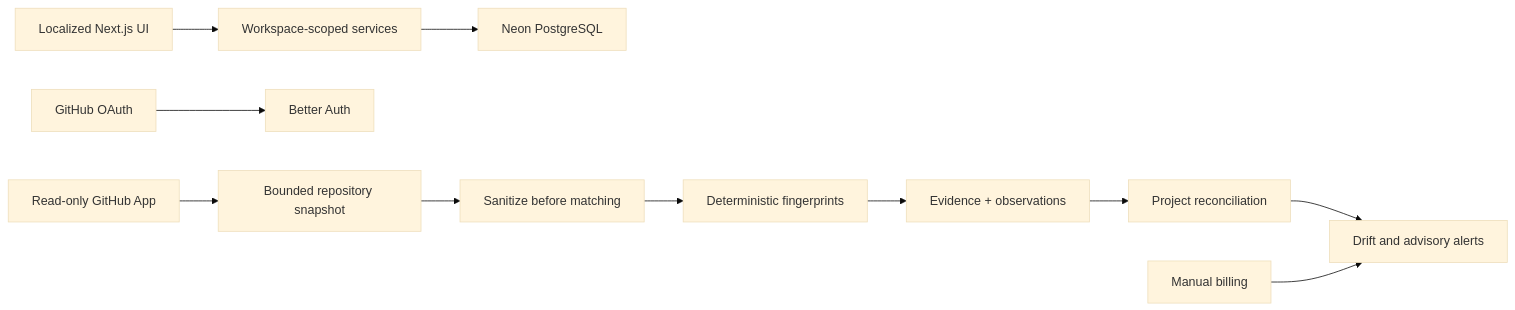
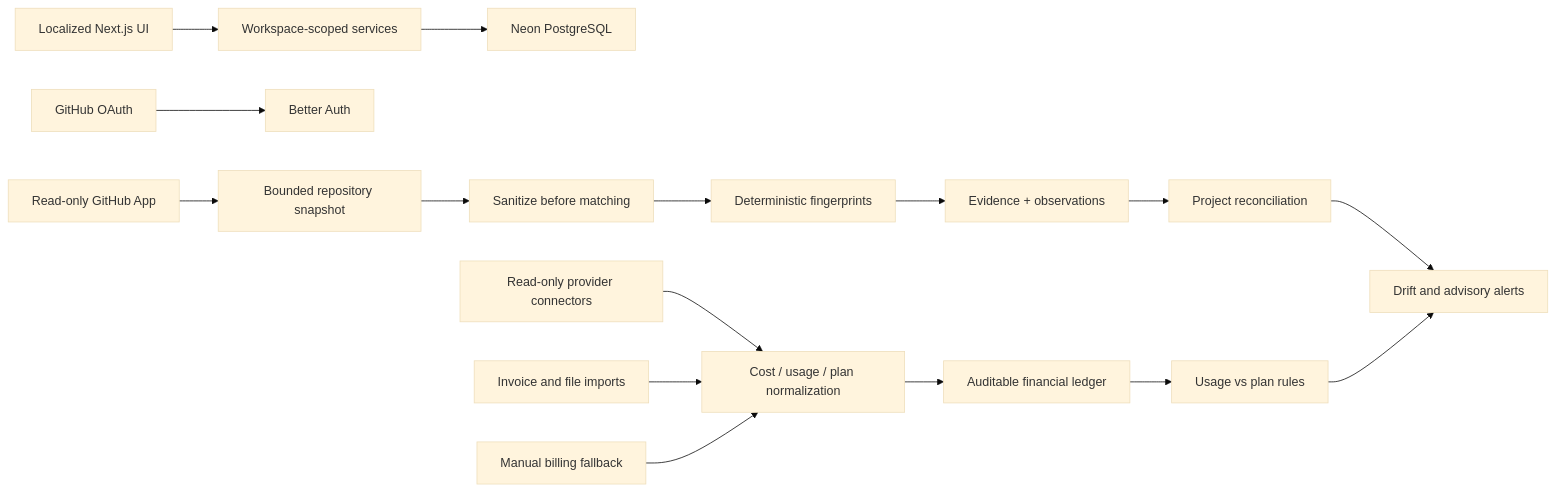
Before and after one commit to YoannDrx/yodev-spend: the diagram in docs/ARCHITECTURE.md, drawn with Mermaid (base theme). The commit also changed other lines of this file and 173 other files, not shown here.

````diff
--- a/docs/ARCHITECTURE.md
+++ b/docs/ARCHITECTURE.md
@@ -3,13 +3,18 @@
 ```mermaid
 flowchart LR
   UI["Localized Next.js UI"] --> Services["Workspace-scoped services"]
   Services --> DB["Neon PostgreSQL"]
   OAuth["GitHub OAuth"] --> Auth["Better Auth"]
   App["Read-only GitHub App"] --> Acquire["Bounded repository snapshot"]
   Acquire --> Sanitize["Sanitize before matching"]
   Sanitize --> Scanner["Deterministic fingerprints"]
   Scanner --> Evidence["Evidence + observations"]
   Evidence --> Reconcile["Project reconciliation"]
   Reconcile --> Alerts["Drift and advisory alerts"]
-  Billing["Manual billing"] --> Alerts
+  Connectors["Read-only provider connectors"] --> Normalize["Cost / usage / plan normalization"]
+  Invoices["Invoice and file imports"] --> Normalize
+  Billing["Manual billing fallback"] --> Normalize
+  Normalize --> Ledger["Auditable financial ledger"]
+  Ledger --> Optimize["Usage vs plan rules"]
+  Optimize --> Alerts
 ```
````
